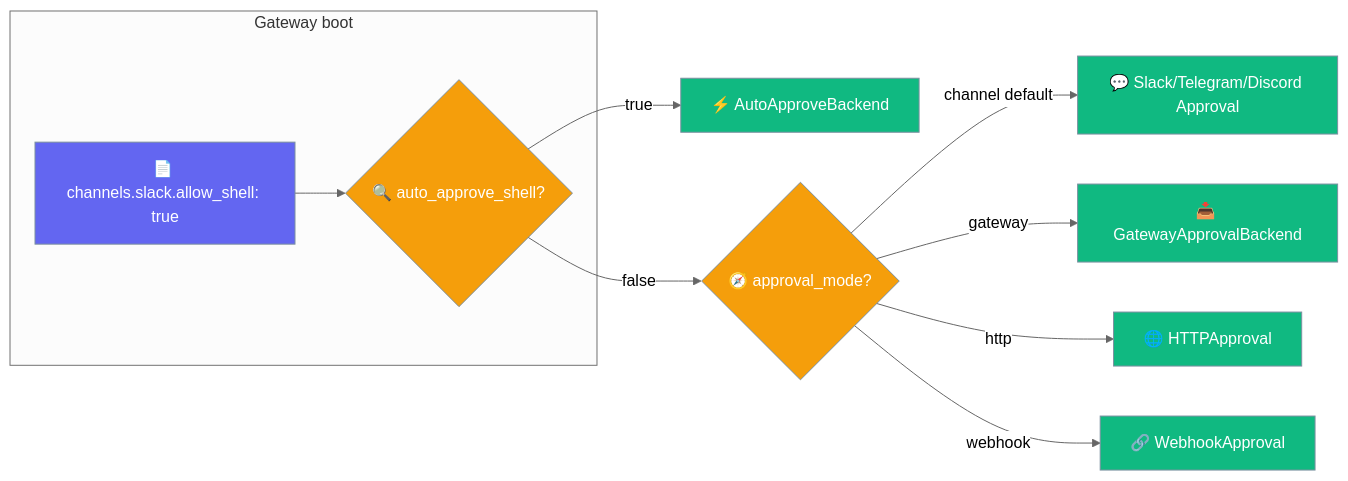
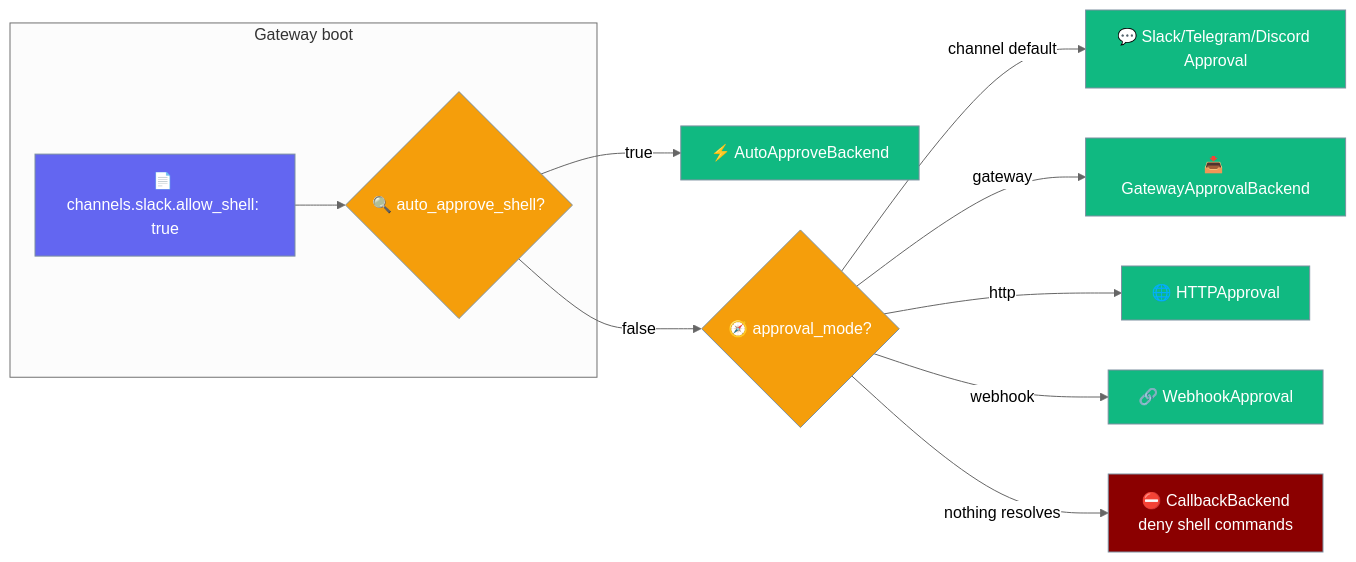
Before and after one commit to MervinPraison/PraisonAIDocs: the first of 5 diagrams in docs/features/bot-shell-execution.mdx, drawn with Mermaid (neutral theme). The commit also changed other lines of this file and 3 other files, not shown here.

````diff
--- a/docs/features/bot-shell-execution.mdx
+++ b/docs/features/bot-shell-execution.mdx
@@ -10,19 +10,22 @@
 ```mermaid
 graph LR
     subgraph "Gateway boot"
         YAML[📄 channels.slack.allow_shell: true] --> Gate{🔍 auto_approve_shell?}
     end
     Gate -->|true| Auto[⚡ AutoApproveBackend]
     Gate -->|false| Route{🧭 approval_mode?}
     Route -->|channel default| Platform[💬 Slack/Telegram/Discord Approval]
     Route -->|gateway| Queue[📥 GatewayApprovalBackend]
     Route -->|http| HTTP[🌐 HTTPApproval]
     Route -->|webhook| Webhook[🔗 WebhookApproval]
+    Route -->|nothing resolves| Deny[⛔ CallbackBackend<br/>deny shell commands]
 
     classDef input fill:#6366F1,stroke:#7C90A0,color:#fff
     classDef gate fill:#F59E0B,stroke:#7C90A0,color:#fff
     classDef backend fill:#10B981,stroke:#7C90A0,color:#fff
+    classDef deny fill:#8B0000,stroke:#7C90A0,color:#fff
     class YAML input
     class Gate,Route gate
     class Auto,Platform,Queue,HTTP,Webhook backend
+    class Deny deny
 ```
````
